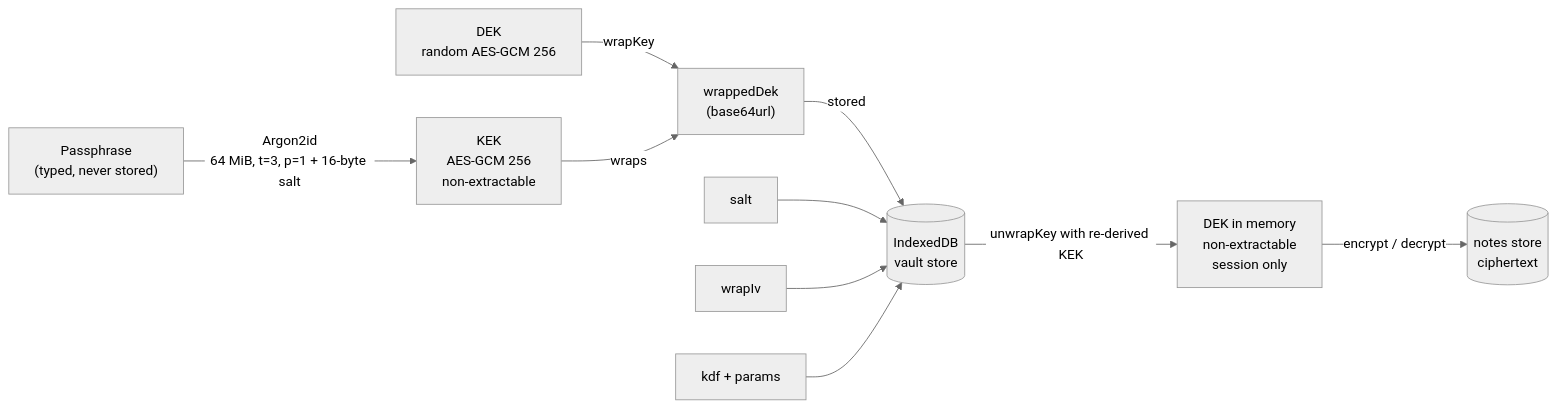
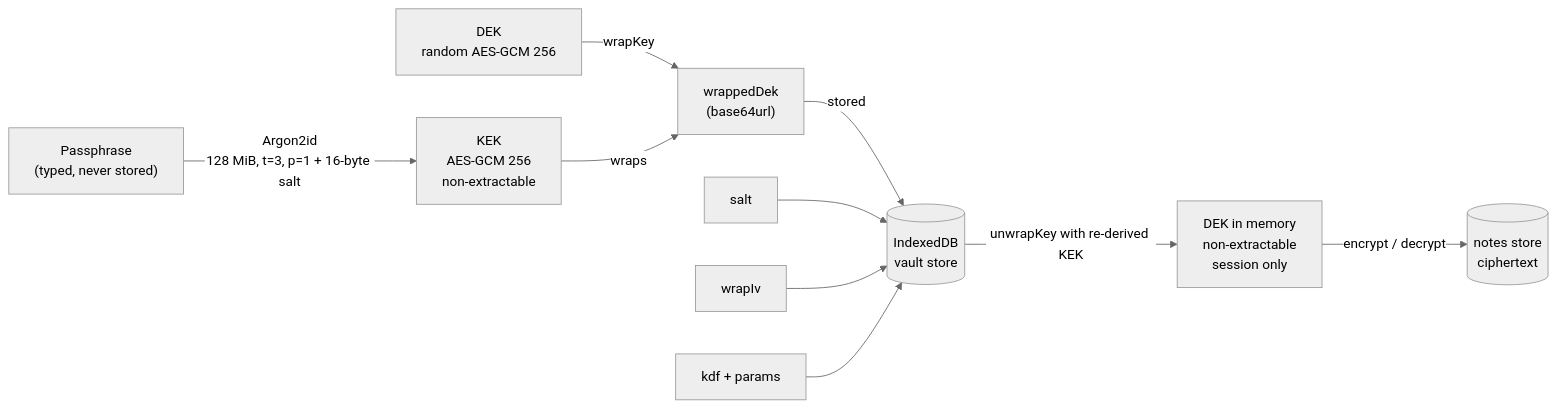
One commit to mortenoh/lockbox changed the first of 2 diagrams in docs/design/encryption.md. Above: the diagram before and after it, drawn with Mermaid (neutral theme). The commit also changed other lines of this file and 10 other files, not shown here.

````diff
--- a/docs/design/encryption.md
+++ b/docs/design/encryption.md
@@ -24,12 +24,12 @@
 ```mermaid
 flowchart LR
-    P["Passphrase<br/>(typed, never stored)"] -->|"Argon2id<br/>64 MiB, t=3, p=1 + 16-byte salt"| KEK["KEK<br/>AES-GCM 256<br/>non-extractable"]
+    P["Passphrase<br/>(typed, never stored)"] -->|"Argon2id<br/>128 MiB, t=3, p=1 + 16-byte salt"| KEK["KEK<br/>AES-GCM 256<br/>non-extractable"]
     DEK0["DEK<br/>random AES-GCM 256"] -->|"wrapKey"| W["wrappedDek<br/>(base64url)"]
     KEK -->|wraps| W
     W -->|"stored"| IDB[("IndexedDB<br/>vault store")]
     SALT["salt"] --> IDB
     WIV["wrapIv"] --> IDB
     KDFP["kdf + params"] --> IDB
     IDB -->|"unwrapKey with re-derived KEK"| DEKM["DEK in memory<br/>non-extractable<br/>session only"]
     DEKM -->|"encrypt / decrypt"| NOTES[("notes store<br/>ciphertext")]
 ```
````
